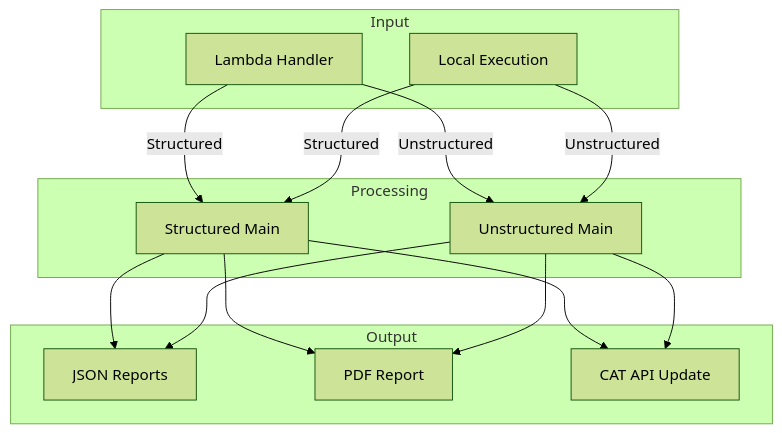
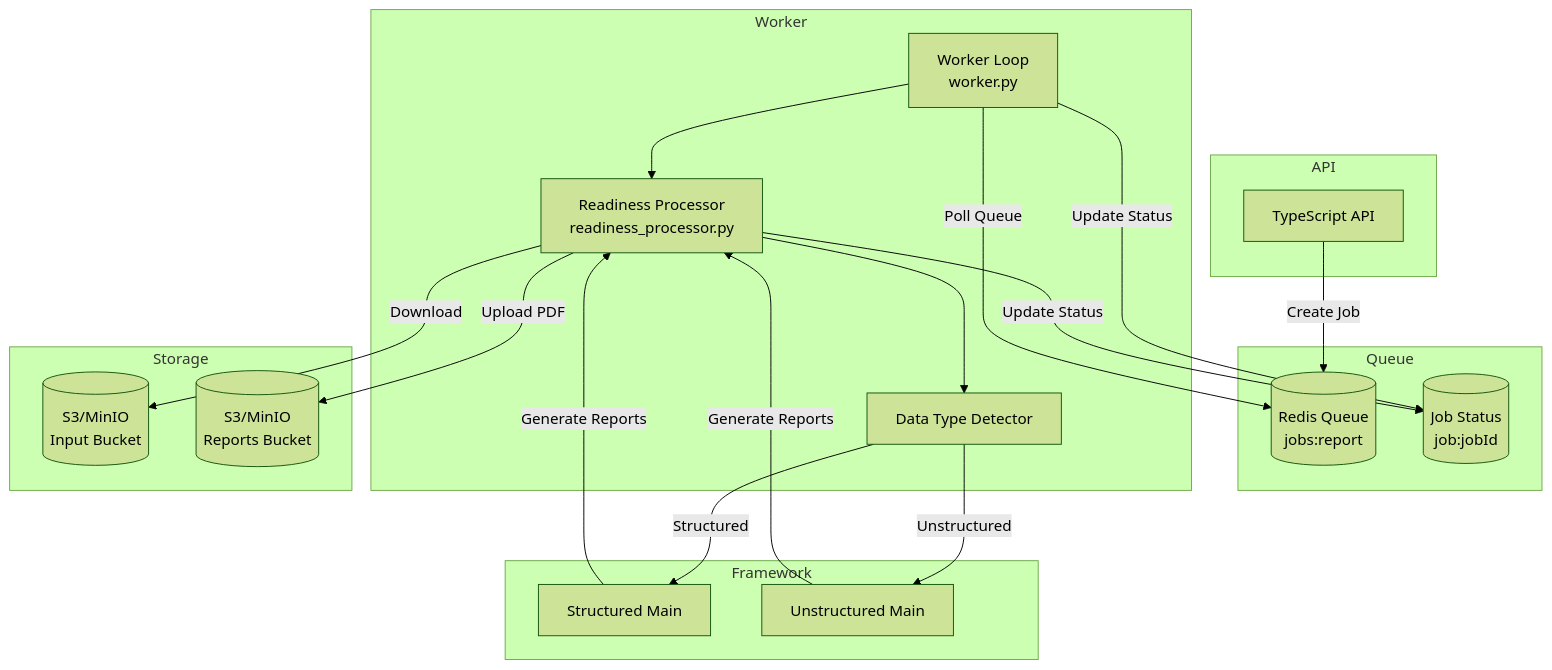
One commit to datakaveri/files-connect-api changed the first of 4 diagrams in workers/report-worker/data_flow.md. Above: the diagram before and after it, drawn with Mermaid (forest theme). The commit also changed other lines of this file and 5 other files, not shown here.

Commit message:
Updated documentation for report worker service

````diff
--- a/workers/report-worker/data_flow.md
+++ b/workers/report-worker/data_flow.md
@@ -6,31 +6,40 @@
 ```mermaid
 graph TD
-    subgraph Input
-        Lambda[Lambda Handler]
-        Local[Local Execution]
+    subgraph API
+        TS_API[TypeScript API]
     end
-
-    subgraph Processing
+    
+    subgraph Queue
+        Redis[(Redis Queue<br/>jobs:report)]
+        Status[(Job Status<br/>job:jobId)]
+    end
+    
+    subgraph Worker
+        Worker_Loop[Worker Loop<br/>worker.py]
+        Processor[Readiness Processor<br/>readiness_processor.py]
+        Detector[Data Type Detector]
+    end
+    
+    subgraph Storage
+        S3_Input[(S3/MinIO<br/>Input Bucket)]
+        S3_Reports[(S3/MinIO<br/>Reports Bucket)]
+    end
+    
+    subgraph Framework
         S_Main[Structured Main]
         U_Main[Unstructured Main]
     end
-
-    subgraph Output
-        JSON[JSON Reports]
-        PDF[PDF Report]
-        API[CAT API Update]
-    end
-
-    Lambda -->|Structured| S_Main
-    Lambda -->|Unstructured| U_Main
-    Local -->|Structured| S_Main
-    Local -->|Unstructured| U_Main
-
-    S_Main --> JSON
-    S_Main --> PDF
-    S_Main --> API
-
-    U_Main --> JSON
-    U_Main --> PDF
-    U_Main --> API
+    
+    TS_API -->|Create Job| Redis
+    Worker_Loop -->|Poll Queue| Redis
+    Worker_Loop -->|Update Status| Status
+    Worker_Loop --> Processor
+    Processor -->|Download| S3_Input
+    Processor --> Detector
+    Detector -->|Structured| S_Main
+    Detector -->|Unstructured| U_Main
+    S_Main -->|Generate Reports| Processor
+    U_Main -->|Generate Reports| Processor
+    Processor -->|Upload PDF| S3_Reports
+    Processor -->|Update Status| Status
 ```
````
